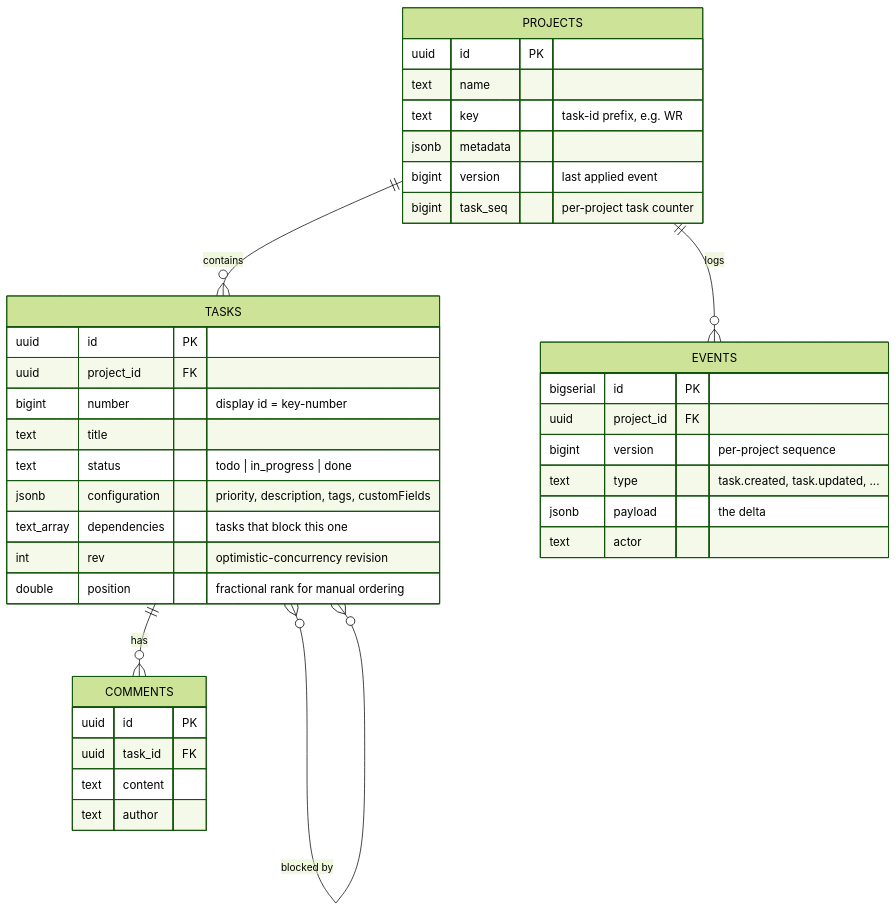
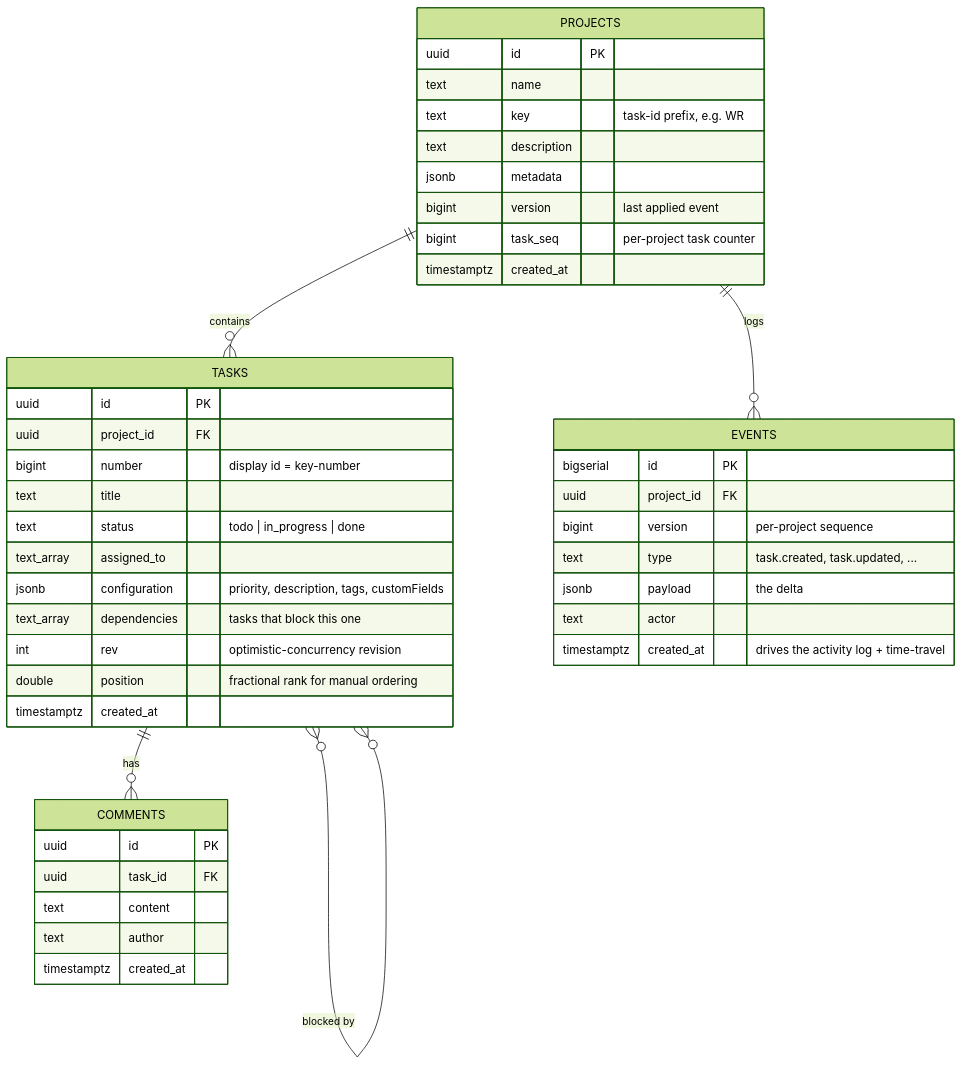
One commit to AkashRupapara/taskflow changed the third of 3 diagrams in README.md. Above: the diagram before and after it, drawn with Mermaid (forest theme). The commit also changed other lines of this file and 2 other files, not shown here.

First line of the commit message:
Correct the documented schema and drop an index made redundant by 0005

````diff
--- a/README.md
+++ b/README.md
@@ -140,41 +150,47 @@
 ```mermaid
 erDiagram
   PROJECTS ||--o{ TASKS : contains
   PROJECTS ||--o{ EVENTS : logs
   TASKS ||--o{ COMMENTS : has
   TASKS }o--o{ TASKS : "blocked by"
 
   PROJECTS {
     uuid id PK
     text name
     text key "task-id prefix, e.g. WR"
+    text description
     jsonb metadata
     bigint version "last applied event"
     bigint task_seq "per-project task counter"
+    timestamptz created_at
   }
   TASKS {
     uuid id PK
     uuid project_id FK
     bigint number "display id = key-number"
     text title
     text status "todo | in_progress | done"
+    text_array assigned_to
     jsonb configuration "priority, description, tags, customFields"
     text_array dependencies "tasks that block this one"
     int rev "optimistic-concurrency revision"
     double position "fractional rank for manual ordering"
+    timestamptz created_at
   }
   COMMENTS {
     uuid id PK
     uuid task_id FK
     text content
     text author
+    timestamptz created_at
   }
   EVENTS {
     bigserial id PK
     uuid project_id FK
     bigint version "per-project sequence"
     text type "task.created, task.updated, ..."
     jsonb payload "the delta"
     text actor
+    timestamptz created_at "drives the activity log + time-travel"
   }
 ```
````
